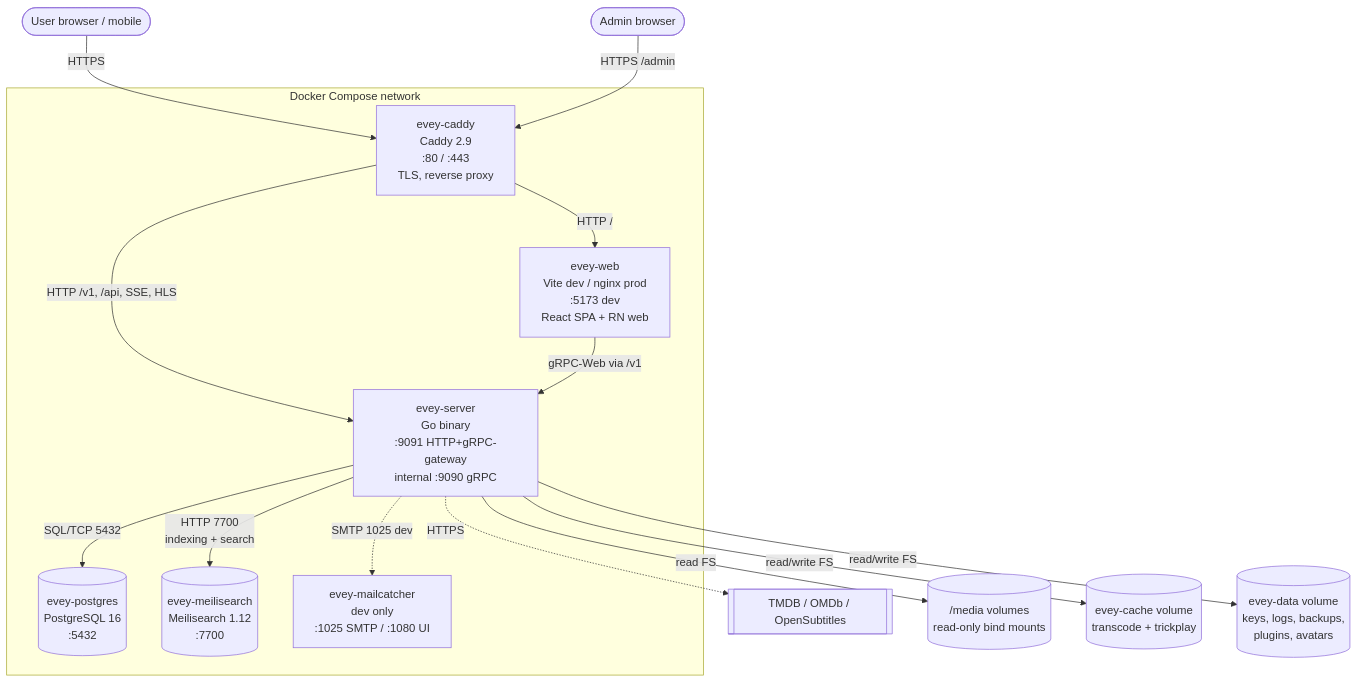
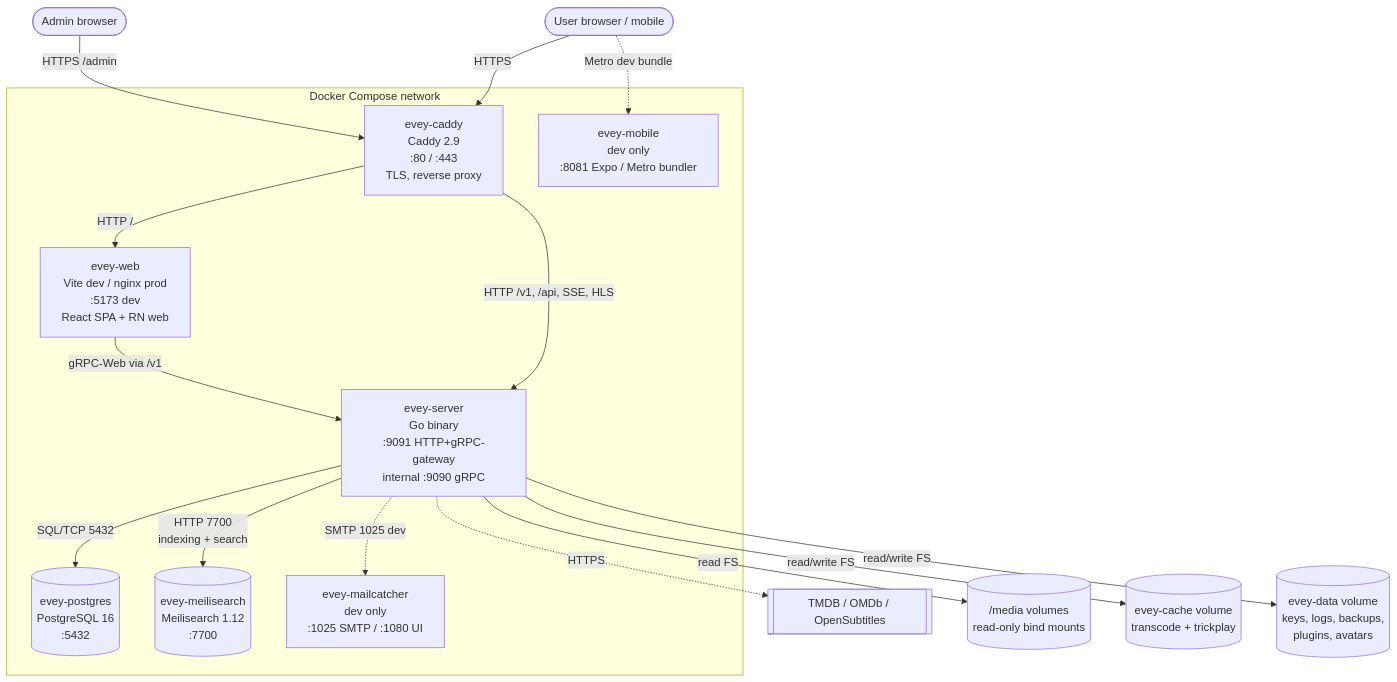
One commit to eveyproject/evey changed the second of 4 diagrams in docs/ARCHITECTURE.md. Above: the diagram before and after it, drawn with Mermaid. The commit also changed other lines of this file and 19 other files, not shown here.

````diff
--- a/docs/ARCHITECTURE.md
+++ b/docs/ARCHITECTURE.md
@@ -114,33 +149,35 @@
 ```mermaid
 flowchart TB
     user([User browser / mobile])
     admin([Admin browser])
 
     subgraph compose[Docker Compose network]
         caddy[evey-caddy<br/>Caddy 2.9<br/>:80 / :443<br/>TLS, reverse proxy]
         web[evey-web<br/>Vite dev / nginx prod<br/>:5173 dev<br/>React SPA + RN web]
         server[evey-server<br/>Go binary<br/>:9091 HTTP+gRPC-gateway<br/>internal :9090 gRPC]
         pg[(evey-postgres<br/>PostgreSQL 16<br/>:5432)]
         meili[(evey-meilisearch<br/>Meilisearch 1.12<br/>:7700)]
+        mobile[evey-mobile<br/>dev only<br/>:8081 Expo / Metro bundler]
         mail[evey-mailcatcher<br/>dev only<br/>:1025 SMTP / :1080 UI]
     end
 
     tmdb[[TMDB / OMDb / OpenSubtitles]]
     fs[(/media volumes<br/>read-only bind mounts)]
     cache[(evey-cache volume<br/>transcode + trickplay)]
     data[(evey-data volume<br/>keys, logs, backups,<br/>plugins, avatars)]
 
     user -->|HTTPS| caddy
     admin -->|HTTPS /admin| caddy
     caddy -->|HTTP /| web
     caddy -->|HTTP /v1, /api, SSE, HLS| server
     web -->|gRPC-Web via /v1| server
+    user -.->|Metro dev bundle| mobile
 
     server -->|SQL/TCP 5432| pg
     server -->|HTTP 7700<br/>indexing + search| meili
     server -.->|SMTP 1025 dev| mail
     server -.->|HTTPS| tmdb
     server -->|read FS| fs
     server -->|read/write FS| cache
     server -->|read/write FS| data
 ```
````
